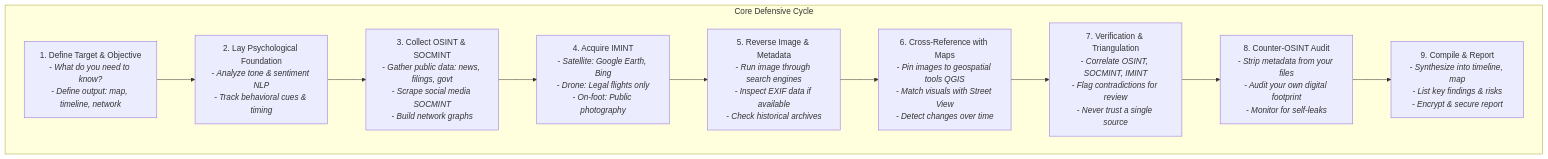
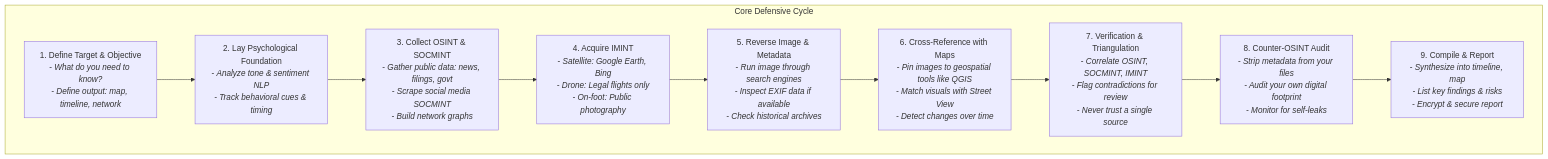
Before and after one commit to airborne-commando/OPSEC-OSINT-Tools: the diagram in IMINT.md, drawn with Mermaid.

````diff
--- a/IMINT.md
+++ b/IMINT.md
@@ -167,42 +167,42 @@
 ```mermaid
 flowchart TD
     A[1. Define Target & Objective<br/>- <i>What do you need to know?<br/>- Define output: map, timeline, network</i>]
     
     B[2. Lay Psychological Foundation<br/>- <i>Analyze tone & sentiment NLP<br/>- Track behavioral cues & timing</i>]
     
     C[3. Collect OSINT & SOCMINT<br/>- <i>Gather public data: news, filings, govt<br/>- Scrape social media SOCMINT<br/>- Build network graphs</i>]
     
     D[4. Acquire IMINT<br/>- <i>Satellite: Google Earth, Bing<br/>- Drone: Legal flights only<br/>- On-foot: Public photography</i>]
     
     E[5. Reverse Image & Metadata<br/>- <i>Run image through search engines<br/>- Inspect EXIF data if available<br/>- Check historical archives</i>]
     
-    F[6. Cross-Reference with Maps<br/>- <i>Pin images to geospatial tools QGIS<br/>- Match visuals with Street View<br/>- Detect changes over time</i>]
+    F[6. Cross-Reference with Maps<br/>- <i>Pin images to geospatial tools like QGIS<br/>- Match visuals with Street View<br/>- Detect changes over time</i>]
     
     G[7. Verification & Triangulation<br/>- <i>Correlate OSINT, SOCMINT, IMINT<br/>- Flag contradictions for review<br/>- Never trust a single source</i>]
     
     H[8. Counter-OSINT Audit<br/>- <i>Strip metadata from your files<br/>- Audit your own digital footprint<br/>- Monitor for self-leaks</i>]
     
     I[9. Compile & Report<br/>- <i>Synthesize into timeline, map<br/>- List key findings & risks<br/>- Encrypt & secure report</i>]
 
     A --> B
     B --> C
     C --> D
     D --> E
     E --> F
     F --> G
     G --> H
     H --> I
 
 
     subgraph "Core Defensive Cycle"
         A
         B
         C
         D
         E
         F
         G
         H
         I
     end
 ```
````
